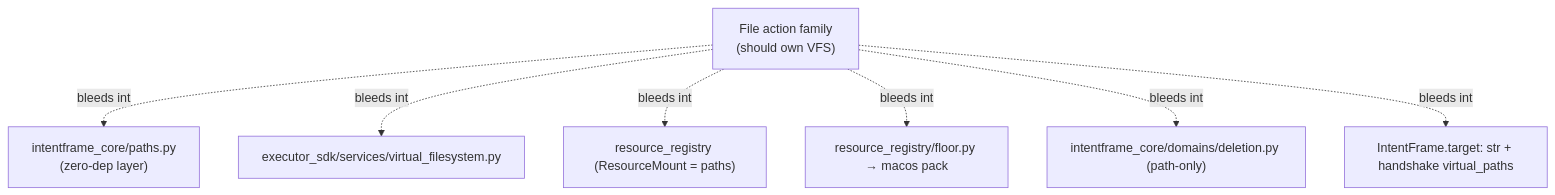
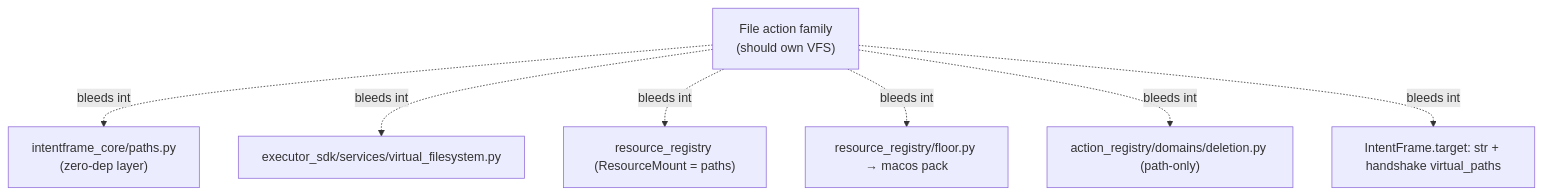
Before and after one commit to intentframe/intentframe: the diagram in TODO/vfs_bleed_in_core.md, drawn with Mermaid. The commit also changed other lines of this file and 11 other files, not shown here.

````diff
--- a/TODO/vfs_bleed_in_core.md
+++ b/TODO/vfs_bleed_in_core.md
@@ -85,16 +85,16 @@
 ```mermaid
 flowchart TD
   FileFamily["File action family<br/>(should own VFS)"]
   Core["intentframe_core/paths.py<br/>(zero-dep layer)"]
   SDK["executor_sdk/services/virtual_filesystem.py"]
   RR["resource_registry (ResourceMount = paths)"]
   Floor["resource_registry/floor.py → macos pack"]
-  Domain["intentframe_core/domains/deletion.py (path-only)"]
+  Domain["action_registry/domains/deletion.py (path-only)"]
   IF["IntentFrame.target: str + handshake virtual_paths"]
   FileFamily -.bleeds into.-> Core
   FileFamily -.bleeds into.-> SDK
   FileFamily -.bleeds into.-> RR
   FileFamily -.bleeds into.-> Floor
   FileFamily -.bleeds into.-> Domain
   FileFamily -.bleeds into.-> IF
 ```
````
